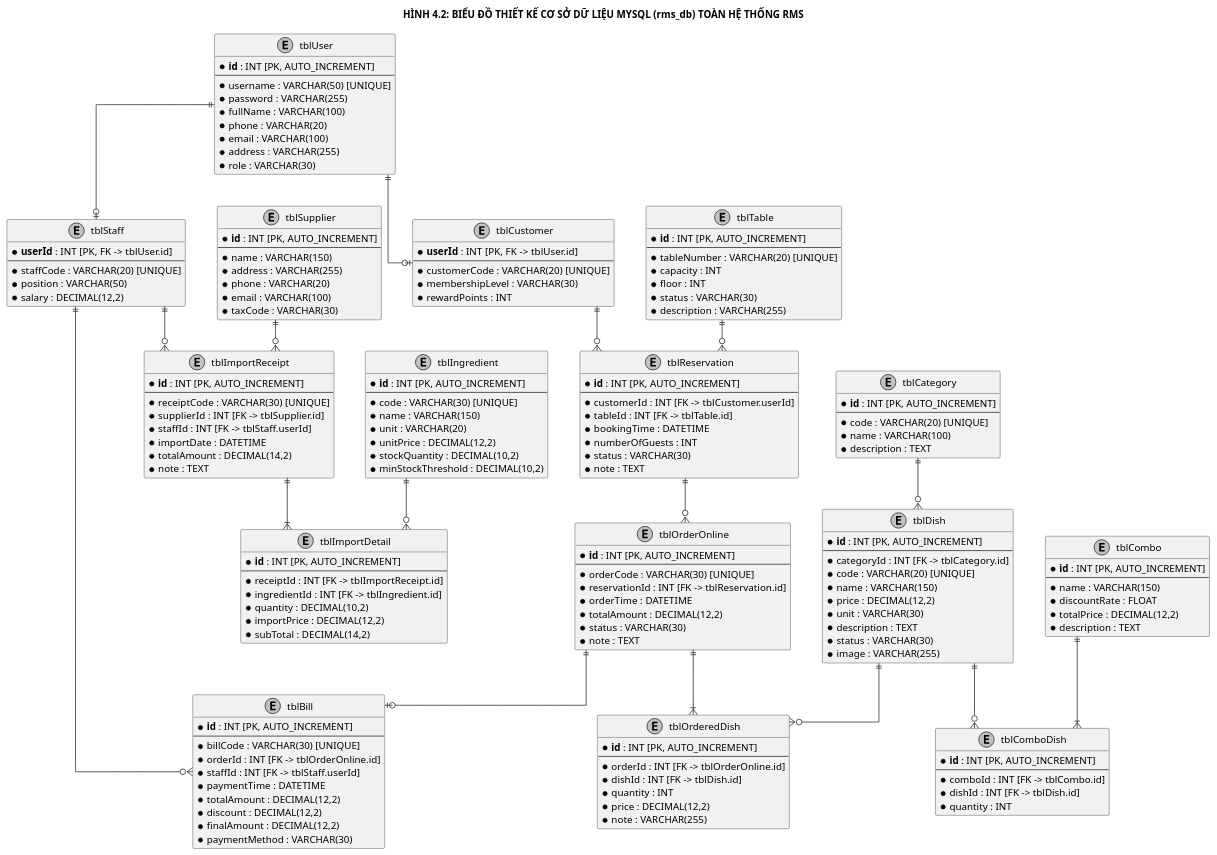
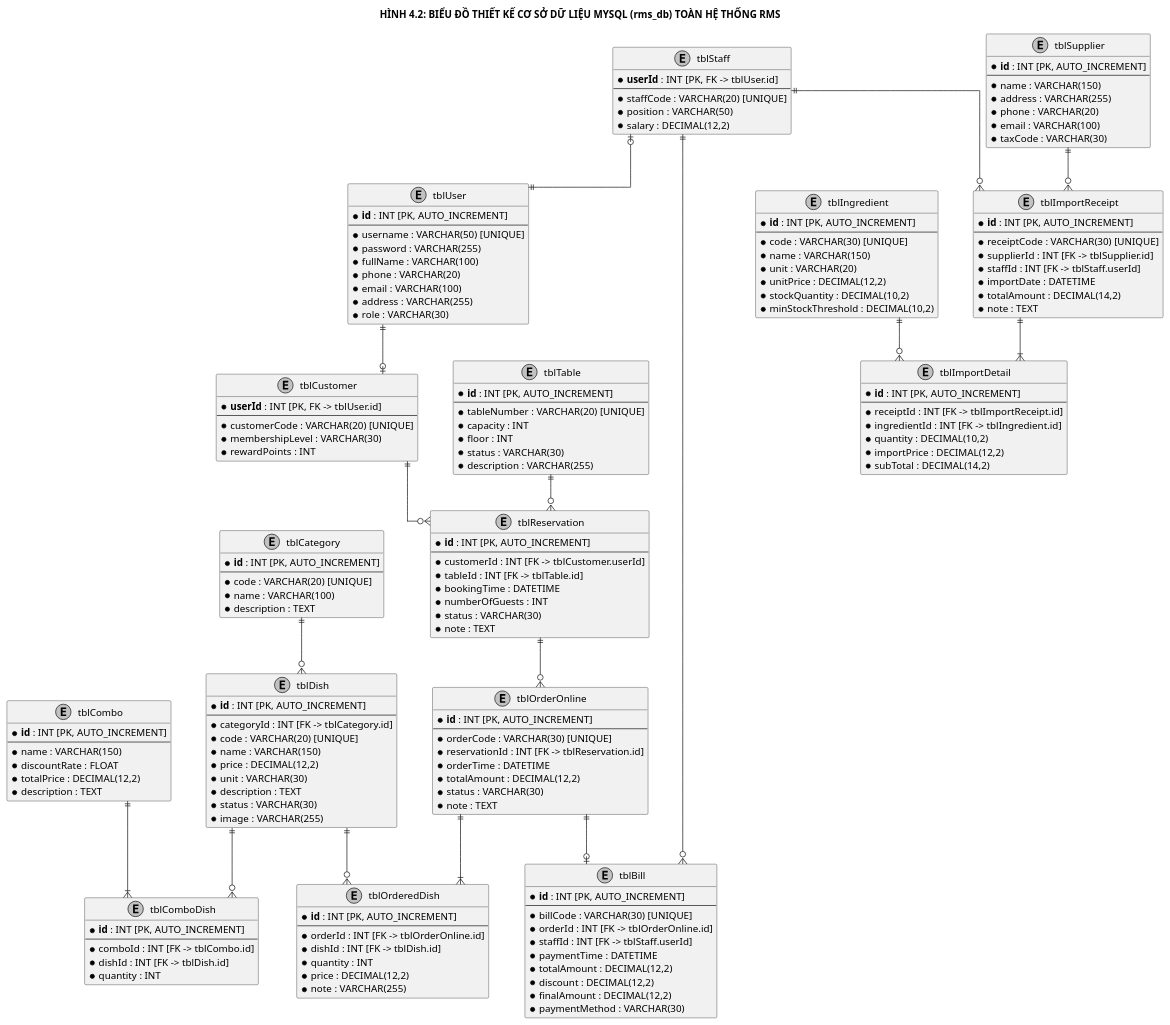
One commit to NEWBIE1005/RMS_RestaurantManagementSystem changed the diagram in docs/plantuml/thiet_ke/Design_02_DatabaseDesign.puml. Above: the diagram before and after it, drawn with PlantUML. The commit also changed 64 other files, not shown here.

```diff
--- a/docs/plantuml/thiet_ke/Design_02_DatabaseDesign.puml
+++ b/docs/plantuml/thiet_ke/Design_02_DatabaseDesign.puml
@@ -3,8 +3,8 @@
 skinparam monochrome true
 skinparam shadowing false
 skinparam roundCorner 4
-skinparam nodesep 45
-skinparam ranksep 45
+skinparam nodesep 50
+skinparam ranksep 52
 
 title HÌNH 4.2: BIỂU ĐỒ THIẾT KẾ CƠ SỞ DỮ LIỆU MYSQL (rms_db) TOÀN HỆ THỐNG RMS
 
@@ -171,24 +171,37 @@
     * subTotal : DECIMAL(14,2)
 }
 
-tblUser ||--o| tblStaff
+together {
+    entity tblUser
+    entity tblStaff
+    entity tblCustomer
+}
+
+together {
+    entity tblSupplier
+    entity tblImportReceipt
+    entity tblImportDetail
+    entity tblIngredient
+}
+
+tblStaff |o--|| tblUser
 tblUser ||--o| tblCustomer
-tblCategory ||--o{ tblDish
-tblCombo ||--|{ tblComboDish
-tblDish ||--o{ tblComboDish
-
-tblCustomer ||--o{ tblReservation
-tblTable ||--o{ tblReservation
-tblReservation ||--o{ tblOrderOnline
-tblOrderOnline ||--|{ tblOrderedDish
-tblDish ||--o{ tblOrderedDish
-
-tblOrderOnline ||--o| tblBill
-tblStaff ||--o{ tblBill
 
 tblSupplier ||--o{ tblImportReceipt
 tblStaff ||--o{ tblImportReceipt
 tblImportReceipt ||--|{ tblImportDetail
 tblIngredient ||--o{ tblImportDetail
 
+tblCustomer ||--o{ tblReservation
+tblTable ||--o{ tblReservation
+tblReservation ||--o{ tblOrderOnline
+tblOrderOnline ||--o| tblBill
+tblStaff ||--o{ tblBill
+
+tblOrderOnline ||--|{ tblOrderedDish
+tblDish ||--o{ tblOrderedDish
+tblCategory ||--o{ tblDish
+tblCombo ||--|{ tblComboDish
+tblDish ||--o{ tblComboDish
+
 @enduml
```
